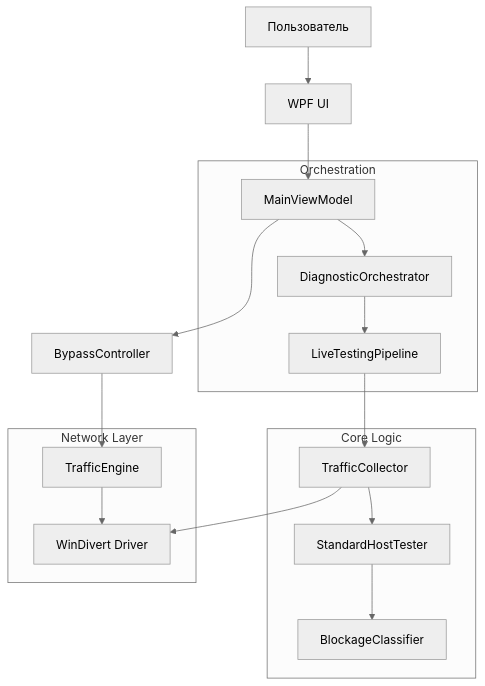
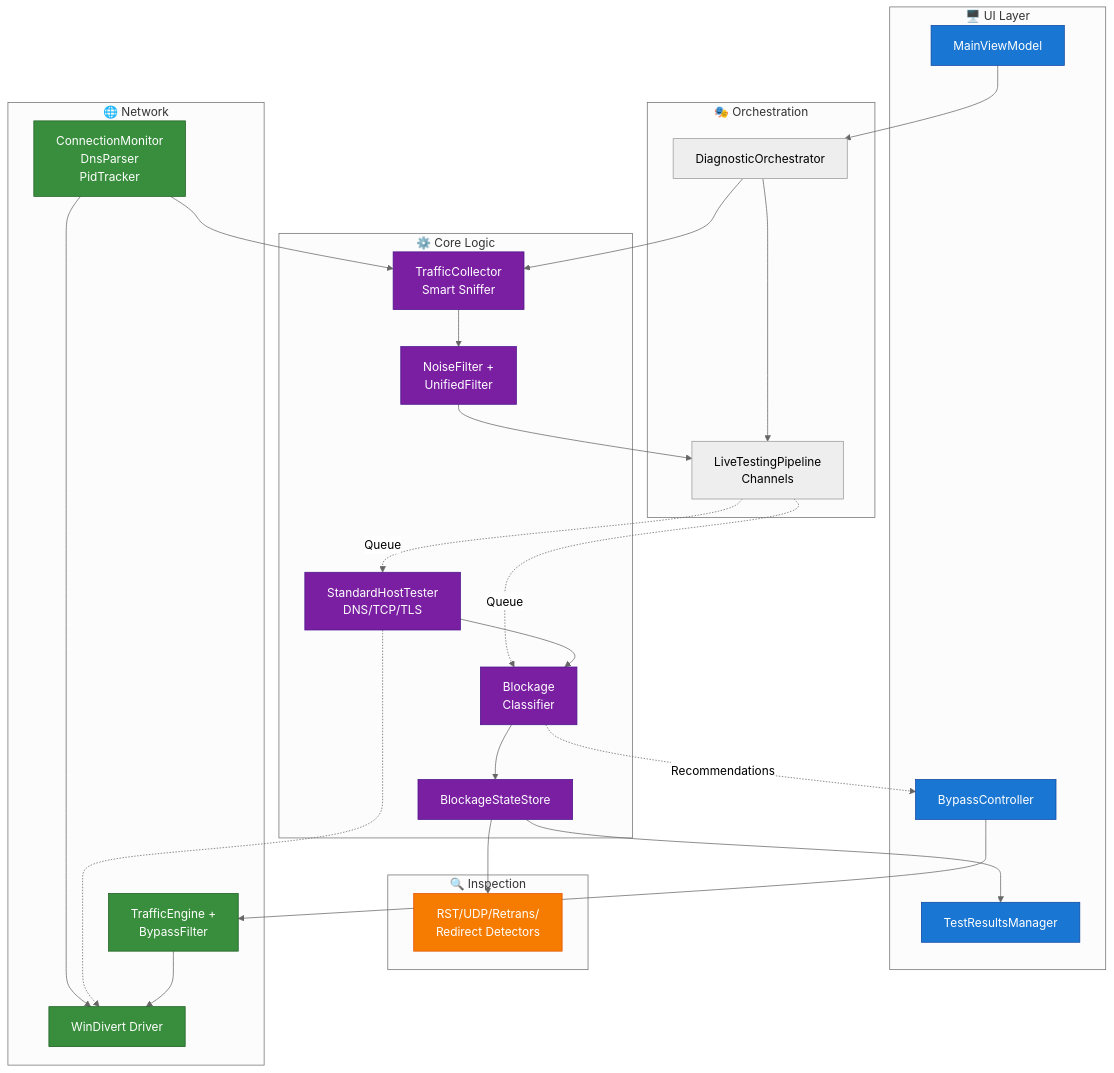
The diagram in README.md (Nafancheg/ISP_Audit), drawn with Mermaid (neutral theme) before and after one commit.

Commit message:
docs: update architecture diagram in README with detailed component view

````diff
--- a/README.md
+++ b/README.md
@@ -141,24 +141,67 @@
 ```mermaid
-graph TD
-    User[Пользователь] --> UI[WPF UI]
-    UI --> VM[MainViewModel]
-    VM --> BypassCtrl[BypassController]
-    
-    subgraph Orchestration
-        VM --> Orchestrator[DiagnosticOrchestrator]
-        Orchestrator --> Pipeline[LiveTestingPipeline]
+graph TB
+    subgraph UI["🖥️ UI Layer"]
+        MainVM[MainViewModel]
+        BypassCtrl[BypassController]
+        TestResults[TestResultsManager]
     end
     
-    subgraph Core Logic
-        Pipeline --> Sniffer[TrafficCollector]
-        Sniffer --> Tester[StandardHostTester]
-        Tester --> Classifier[BlockageClassifier]
+    subgraph Orchestration["🎭 Orchestration"]
+        Orchestrator[DiagnosticOrchestrator]
+        Pipeline[LiveTestingPipeline<br/>Channels]
     end
     
-    subgraph Network Layer
-        Sniffer --> WinDivert[WinDivert Driver]
-        TrafficEngine[TrafficEngine] --> WinDivert
+    subgraph Core["⚙️ Core Logic"]
+        Collector[TrafficCollector<br/>Smart Sniffer]
+        Filters[NoiseFilter +<br/>UnifiedFilter]
+        Tester[StandardHostTester<br/>DNS/TCP/TLS]
+        Classifier[Blockage<br/>Classifier]
+        StateStore[BlockageStateStore]
     end
-
+    
+    subgraph Inspection["🔍 Inspection"]
+        Inspectors[RST/UDP/Retrans/<br/>Redirect Detectors]
+    end
+    
+    subgraph Network["🌐 Network"]
+        WinDivert[WinDivert Driver]
+        Services[ConnectionMonitor<br/>DnsParser<br/>PidTracker]
+        TrafficEngine[TrafficEngine +<br/>BypassFilter]
+    end
+    
+    %% Main Flow
+    MainVM --> Orchestrator
+    Orchestrator --> Pipeline
+    Orchestrator --> Collector
+    
+    Pipeline -.->|Queue| Tester
+    Pipeline -.->|Queue| Classifier
+    
+    Collector --> Filters
+    Filters --> Pipeline
+    Tester --> Classifier
+    Classifier --> StateStore
+    StateStore --> Inspectors
+    StateStore --> TestResults
+    
+    %% Network Layer
+    Services --> Collector
+    Services --> WinDivert
+    Tester -.-> WinDivert
+    
+    %% Bypass
     BypassCtrl --> TrafficEngine
+    TrafficEngine --> WinDivert
+    Classifier -.->|Recommendations| BypassCtrl
+    
+    %% Styling
+    classDef ui fill:#1976d2,stroke:#0d47a1,color:#fff
+    classDef core fill:#7b1fa2,stroke:#4a148c,color:#fff
+    classDef network fill:#388e3c,stroke:#1b5e20,color:#fff
+    classDef inspect fill:#f57c00,stroke:#e65100,color:#fff
+    
+    class MainVM,BypassCtrl,TestResults ui
+    class Collector,Filters,Tester,Classifier,StateStore core
+    class WinDivert,Services,TrafficEngine network
+    class Inspectors inspect
 ```
````
